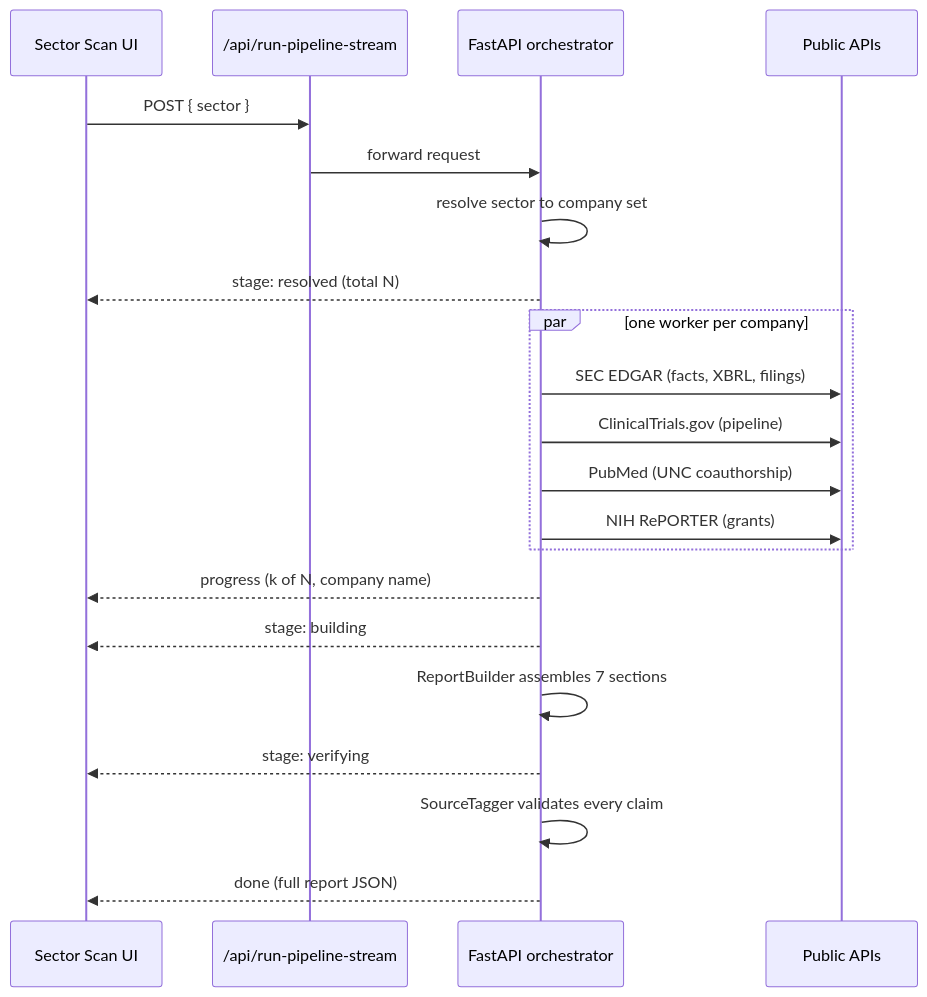
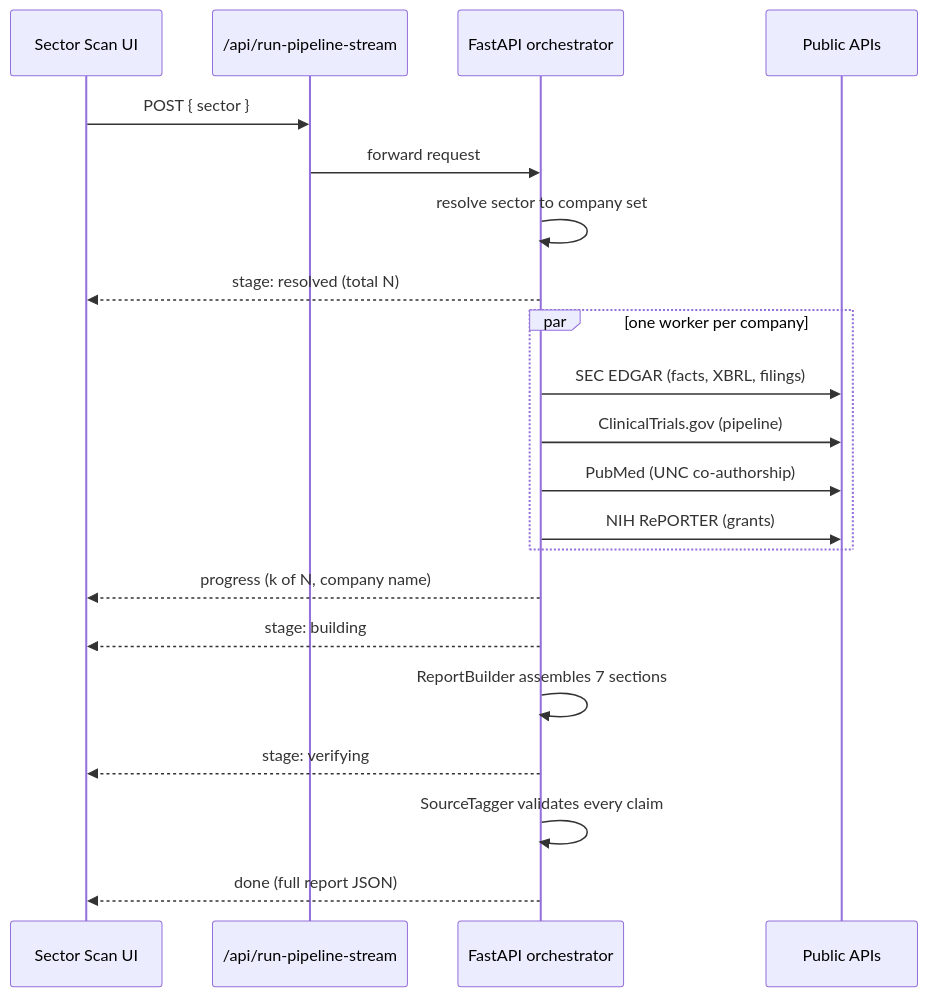
One commit to AidanColvin/map-elt-research-graph-3 changed the fifth of 12 diagrams in README.md. Above: the diagram before and after it, drawn with Mermaid. The commit also changed other lines of this file, not shown here.

First line of the commit message:
docs: update README with UNC partnership intelligence, talking points, and projects toggle

````diff
--- a/README.md
+++ b/README.md
@@ -202,24 +216,24 @@
 ```mermaid
 sequenceDiagram
     participant UI as Sector Scan UI
     participant PX as /api/run-pipeline-stream
     participant OR as FastAPI orchestrator
     participant API as Public APIs
 
     UI->>PX: POST { sector }
     PX->>OR: forward request
     OR->>OR: resolve sector to company set
     OR-->>UI: stage: resolved (total N)
     par one worker per company
         OR->>API: SEC EDGAR (facts, XBRL, filings)
         OR->>API: ClinicalTrials.gov (pipeline)
-        OR->>API: PubMed (UNC coauthorship)
+        OR->>API: PubMed (UNC co-authorship)
         OR->>API: NIH RePORTER (grants)
     end
     OR-->>UI: progress (k of N, company name)
     OR-->>UI: stage: building
     OR->>OR: ReportBuilder assembles 7 sections
     OR-->>UI: stage: verifying
     OR->>OR: SourceTagger validates every claim
     OR-->>UI: done (full report JSON)
 ```
````
